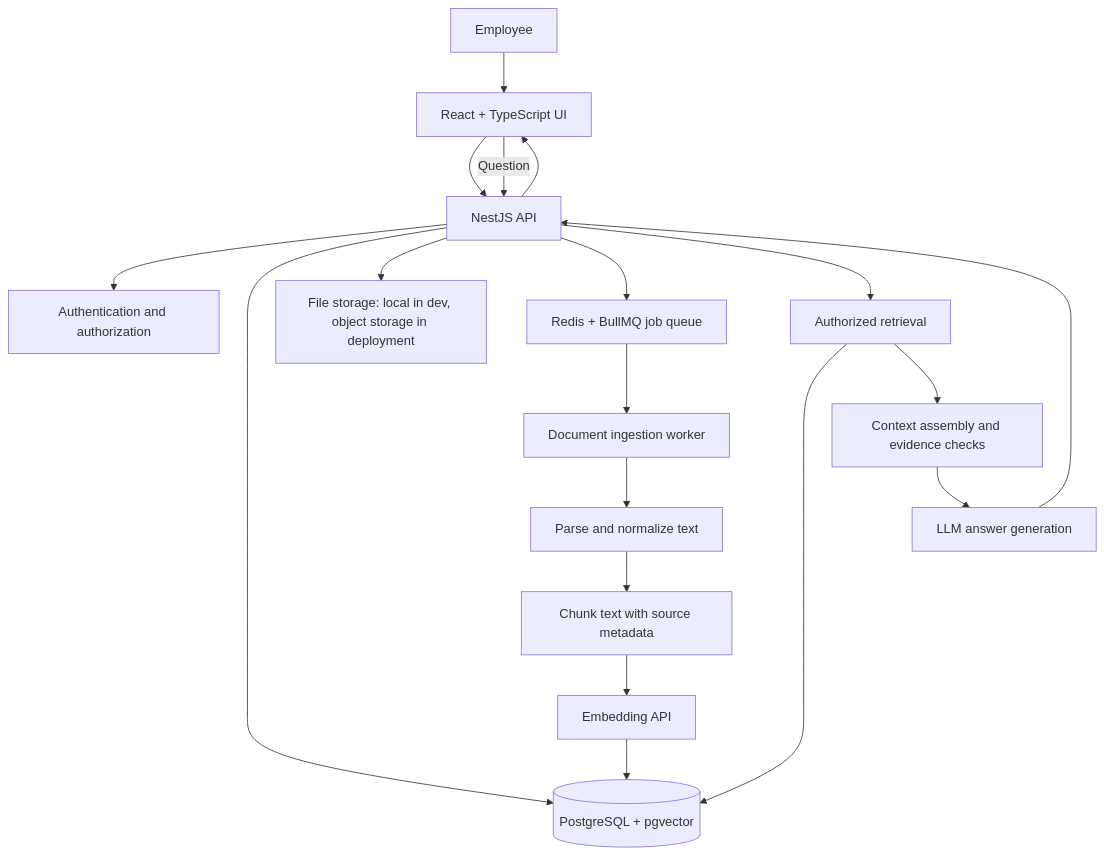
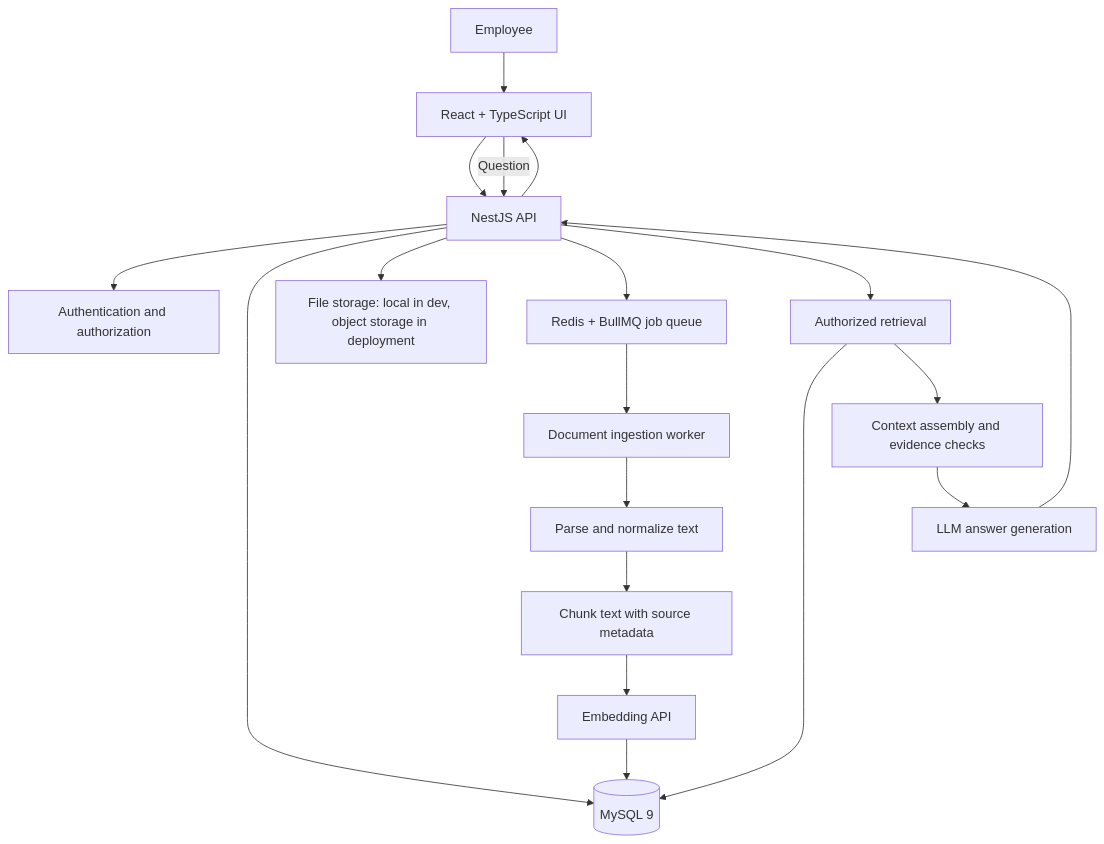
One commit to Imran-younas-dev/Enterprise-Knowledge-Base-RAG-Assistant changed the diagram in enterprise-rag-assistant-architecture.md. Above: the diagram before and after it, drawn with Mermaid. The commit also changed other lines of this file and 13 other files, not shown here.

````diff
--- a/enterprise-rag-assistant-architecture.md
+++ b/enterprise-rag-assistant-architecture.md
@@ -37,21 +37,21 @@
 ```mermaid
 flowchart TD
     U[Employee] --> UI[React + TypeScript UI]
     UI --> API[NestJS API]
     API --> AUTH[Authentication and authorization]
-    API --> DB[(PostgreSQL + pgvector)]
+    API --> DB[(MySQL 9)]
     API --> OBJ[File storage: local in dev, object storage in deployment]
     API --> Q[Redis + BullMQ job queue]
     Q --> W[Document ingestion worker]
     W --> PARSE[Parse and normalize text]
     PARSE --> CHUNK[Chunk text with source metadata]
     CHUNK --> EMB[Embedding API]
     EMB --> DB
     UI -->|Question| API
     API --> RET[Authorized retrieval]
     RET --> DB
     RET --> CTX[Context assembly and evidence checks]
     CTX --> LLM[LLM answer generation]
     LLM --> API
     API --> UI
 ```
````
